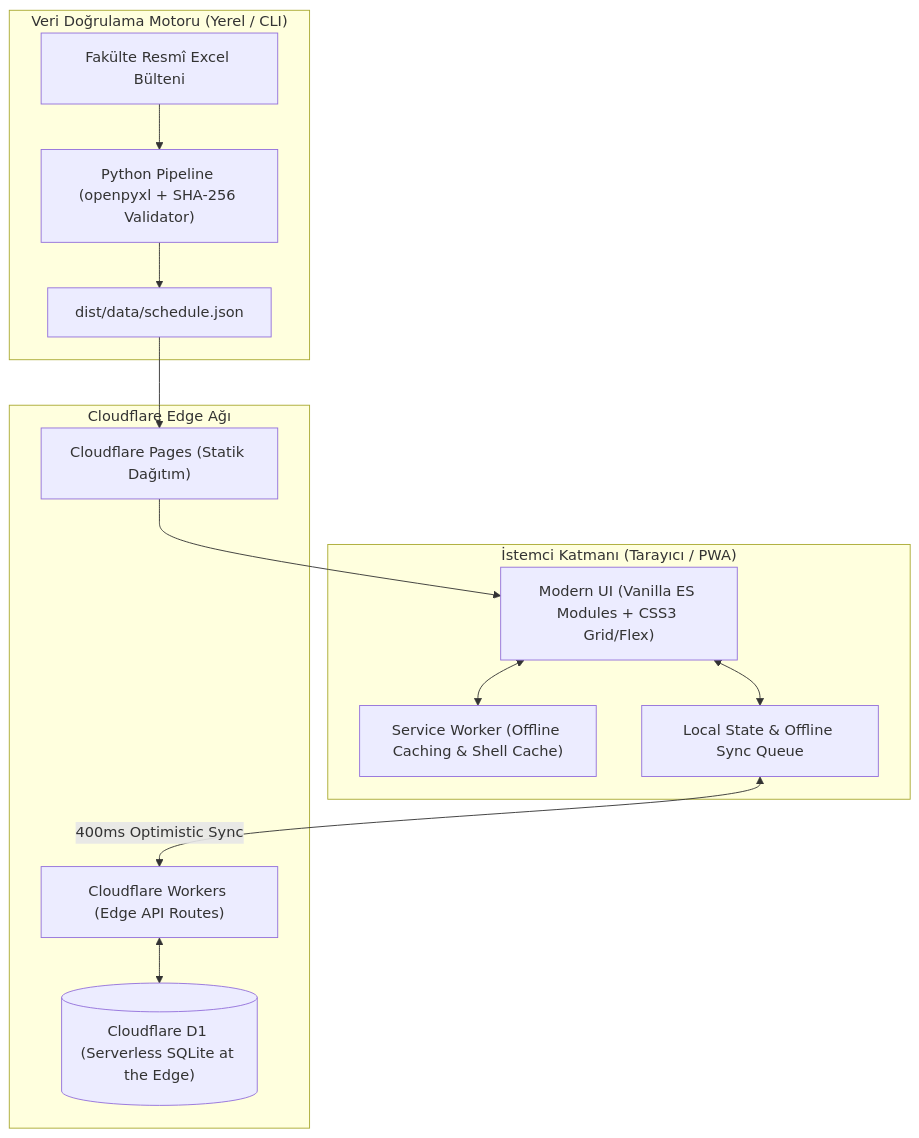
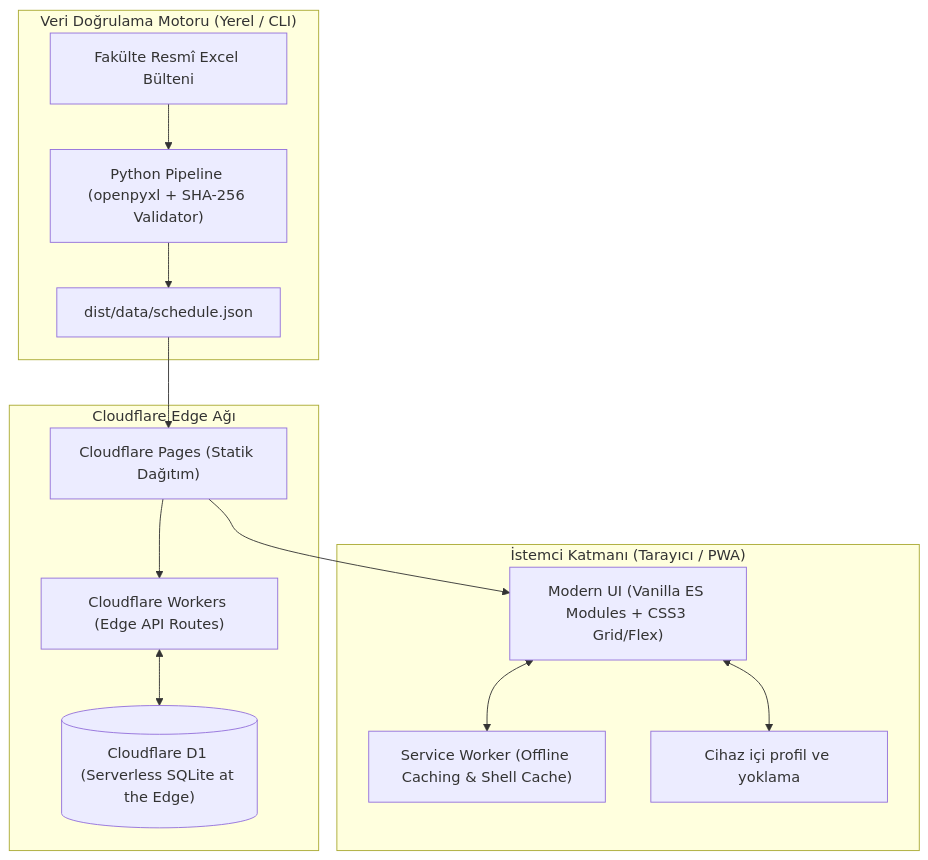
The diagram in README.md (Enes-Somuncular/IDU-CAMPUS-PUBLIC), drawn with Mermaid before and after one commit. The commit also changed other lines of this file and 5 other files, not shown here.

````diff
--- a/README.md
+++ b/README.md
@@ -142,29 +133,29 @@
 ```mermaid
 flowchart TD
     subgraph Client ["İstemci Katmanı (Tarayıcı / PWA)"]
         UI["Modern UI (Vanilla ES Modules + CSS3 Grid/Flex)"]
         SW["Service Worker (Offline Caching & Shell Cache)"]
-        LocalStore["Local State & Offline Sync Queue"]
+        LocalStore["Cihaz içi profil ve yoklama"]
     end
 
     subgraph Edge ["Cloudflare Edge Ağı"]
         Pages["Cloudflare Pages (Statik Dağıtım)"]
         Workers["Cloudflare Workers (Edge API Routes)"]
         D1[("Cloudflare D1 (Serverless SQLite at the Edge)")]
     end
 
     subgraph Ingestion ["Veri Doğrulama Motoru (Yerel / CLI)"]
         Excel["Fakülte Resmî Excel Bülteni"]
         PythonEngine["Python Pipeline (openpyxl + SHA-256 Validator)"]
         JSONData["dist/data/schedule.json"]
     end
 
     Excel --> PythonEngine
     PythonEngine --> JSONData
     JSONData --> Pages
     Pages --> UI
     UI <--> SW
     UI <--> LocalStore
-    LocalStore <-- "400ms Optimistic Sync" --> Workers
+    Pages --> Workers
     Workers <--> D1
 ```
````
